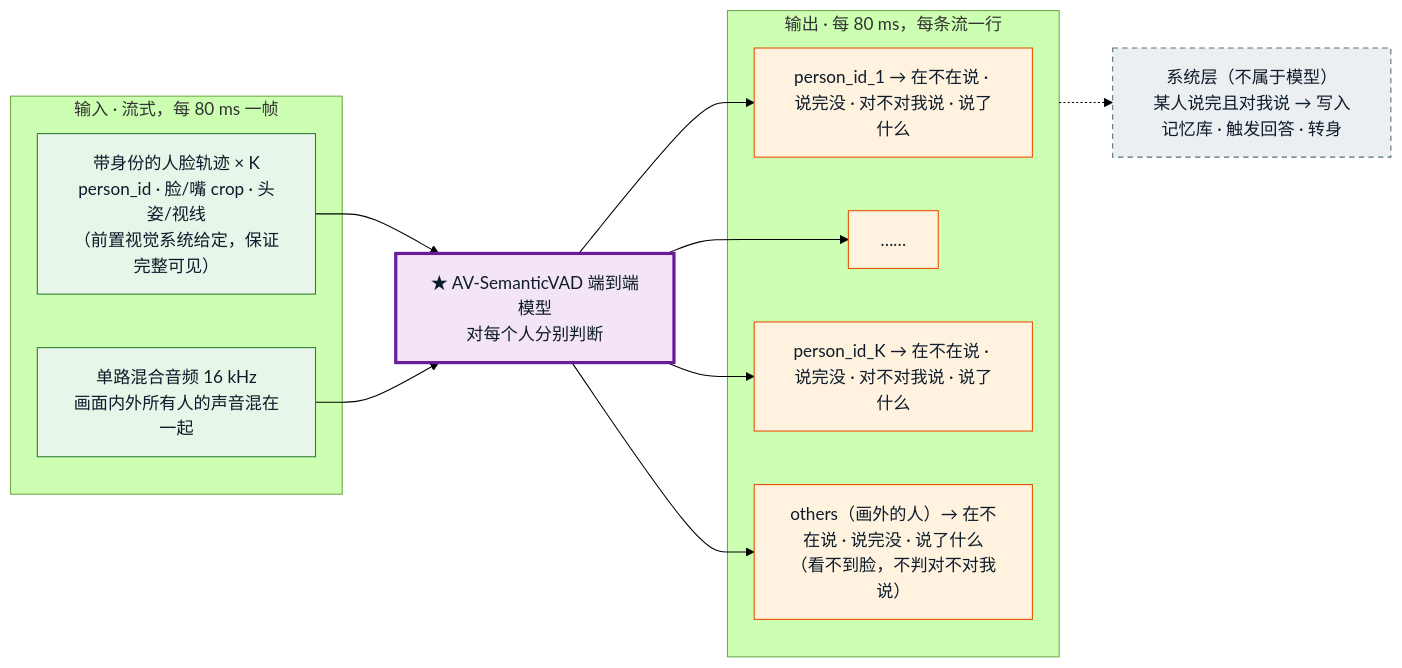
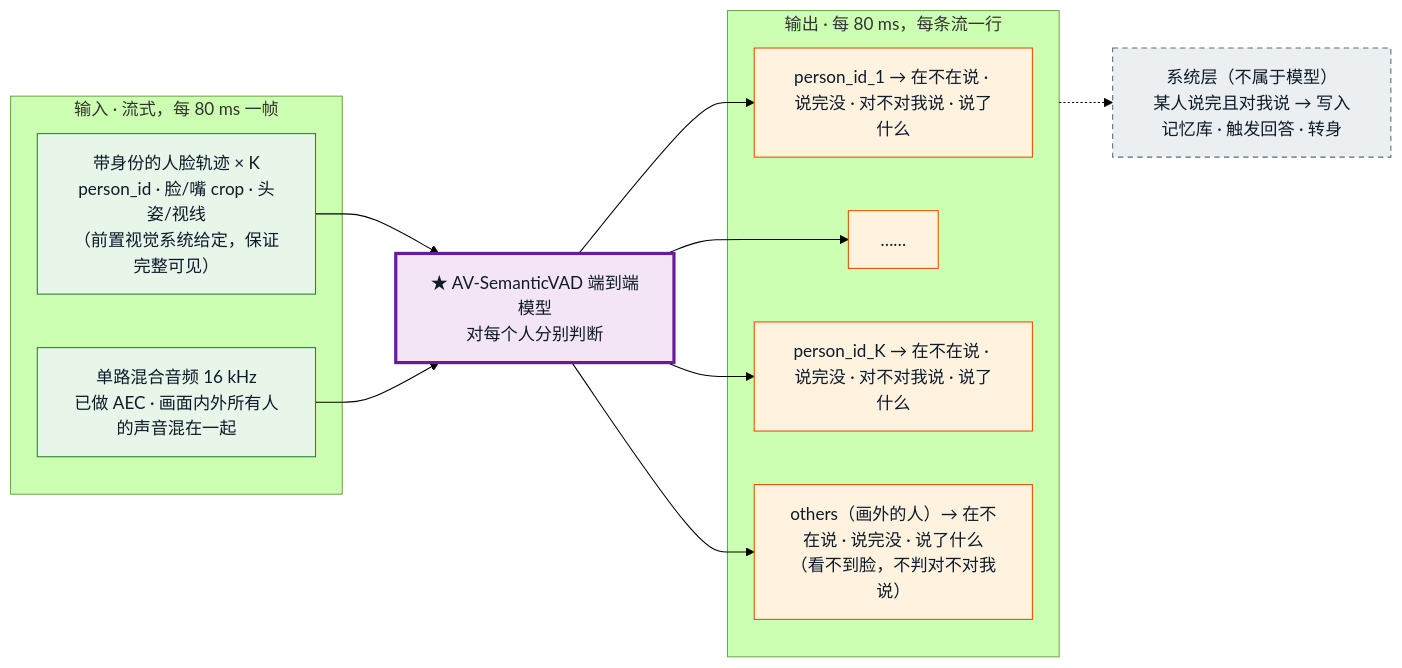
One commit to yutian929/SemanticVAD changed the first of 5 diagrams in AV-SemanticVAD/docs/plan/architecture.md. Above: the diagram before and after it, drawn with Mermaid (forest theme). The commit also changed other lines of this file and 4 other files, not shown here.

````diff
--- a/AV-SemanticVAD/docs/plan/architecture.md
+++ b/AV-SemanticVAD/docs/plan/architecture.md
@@ -34,29 +39,29 @@
 ```mermaid
 flowchart LR
     classDef inp  fill:#e8f5e9,stroke:#2e7d32,color:#0d1b2a;
     classDef core fill:#f3e5f5,stroke:#6a1b9a,color:#0d1b2a,stroke-width:3px;
     classDef outp fill:#fff3e0,stroke:#e65100,color:#0d1b2a;
     classDef sys  fill:#eceff1,stroke:#546e7a,color:#0d1b2a,stroke-dasharray:5 4;
 
     subgraph IN["输入 · 流式，每 80 ms 一帧"]
         F["带身份的人脸轨迹 × K<br/>person_id · 脸/嘴 crop · 头姿/视线<br/>（前置视觉系统给定，保证完整可见）"]:::inp
-        A["单路混合音频 16 kHz<br/>画面内外所有人的声音混在一起"]:::inp
+        A["单路混合音频 16 kHz<br/>已做 AEC · 画面内外所有人的声音混在一起"]:::inp
     end
 
     M["★ AV-SemanticVAD 端到端模型<br/>对每个人分别判断"]:::core
 
     subgraph OUT["输出 · 每 80 ms，每条流一行"]
         O1["person_id_1 → 在不在说 · 说完没 · 对不对我说 · 说了什么"]:::outp
         O2["……"]:::outp
         OK["person_id_K → 在不在说 · 说完没 · 对不对我说 · 说了什么"]:::outp
         OO["others（画外的人）→ 在不在说 · 说完没 · 说了什么<br/>（看不到脸，不判对不对我说）"]:::outp
     end
 
     F --> M
     A --> M
     M --> O1
     M --> O2
     M --> OK
     M --> OO
     OUT -.-> SYS["系统层（不属于模型）<br/>某人说完且对我说 → 写入记忆库 · 触发回答 · 转身"]:::sys
 ```
````
